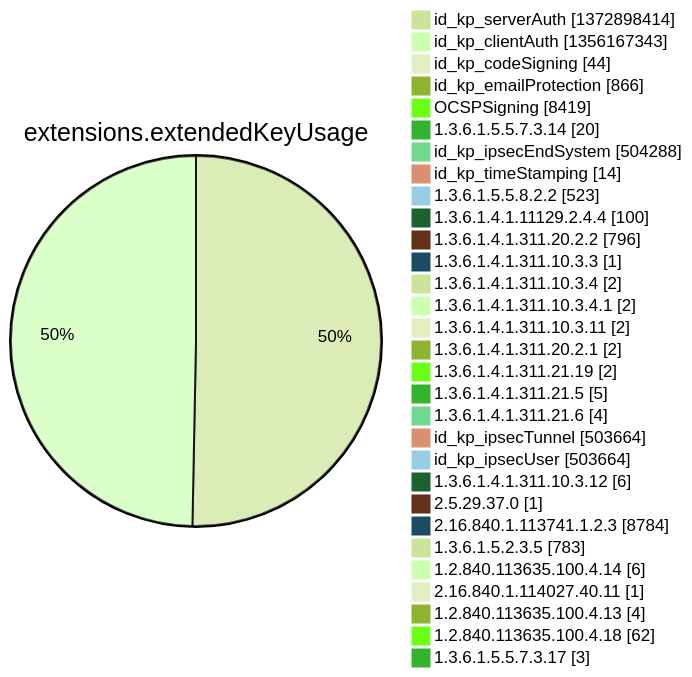
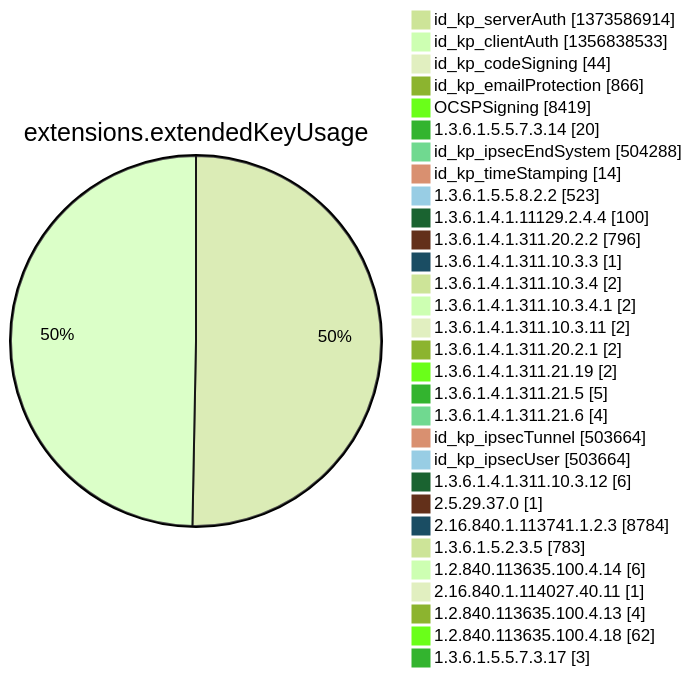
Diagram 12 of 15 in argon2022/README.md (christiankrug/ctmonitor_visualization), drawn with Mermaid (forest theme) before and after one commit. The commit also changed other lines of this file, not shown here.

````diff
--- a/argon2022/README.md
+++ b/argon2022/README.md
@@ -3553,34 +3553,34 @@
 ```mermaid
 pie showData
 title extensions.extendedKeyUsage
-"id_kp_serverAuth" :1372898414
-"id_kp_clientAuth" :1356167343
+"id_kp_serverAuth" :1373586914
+"id_kp_clientAuth" :1356838533
 "id_kp_codeSigning" :44
 "id_kp_emailProtection" :866
 "OCSPSigning" :8419
 "1.3.6.1.5.5.7.3.14" :20
 "id_kp_ipsecEndSystem" :504288
 "id_kp_timeStamping" :14
 "1.3.6.1.5.5.8.2.2" :523
 "1.3.6.1.4.1.11129.2.4.4" :100
 "1.3.6.1.4.1.311.20.2.2" :796
 "1.3.6.1.4.1.311.10.3.3" :1
 "1.3.6.1.4.1.311.10.3.4" :2
 "1.3.6.1.4.1.311.10.3.4.1" :2
 "1.3.6.1.4.1.311.10.3.11" :2
 "1.3.6.1.4.1.311.20.2.1" :2
 "1.3.6.1.4.1.311.21.19" :2
 "1.3.6.1.4.1.311.21.5" :5
 "1.3.6.1.4.1.311.21.6" :4
 "id_kp_ipsecTunnel" :503664
 "id_kp_ipsecUser" :503664
 "1.3.6.1.4.1.311.10.3.12" :6
 "2.5.29.37.0" :1
 "2.16.840.1.113741.1.2.3" :8784
 "1.3.6.1.5.2.3.5" :783
 "1.2.840.113635.100.4.14" :6
 "2.16.840.1.114027.40.11" :1
 "1.2.840.113635.100.4.13" :4
 "1.2.840.113635.100.4.18" :62
 "1.3.6.1.5.5.7.3.17" :3
 ```
````
